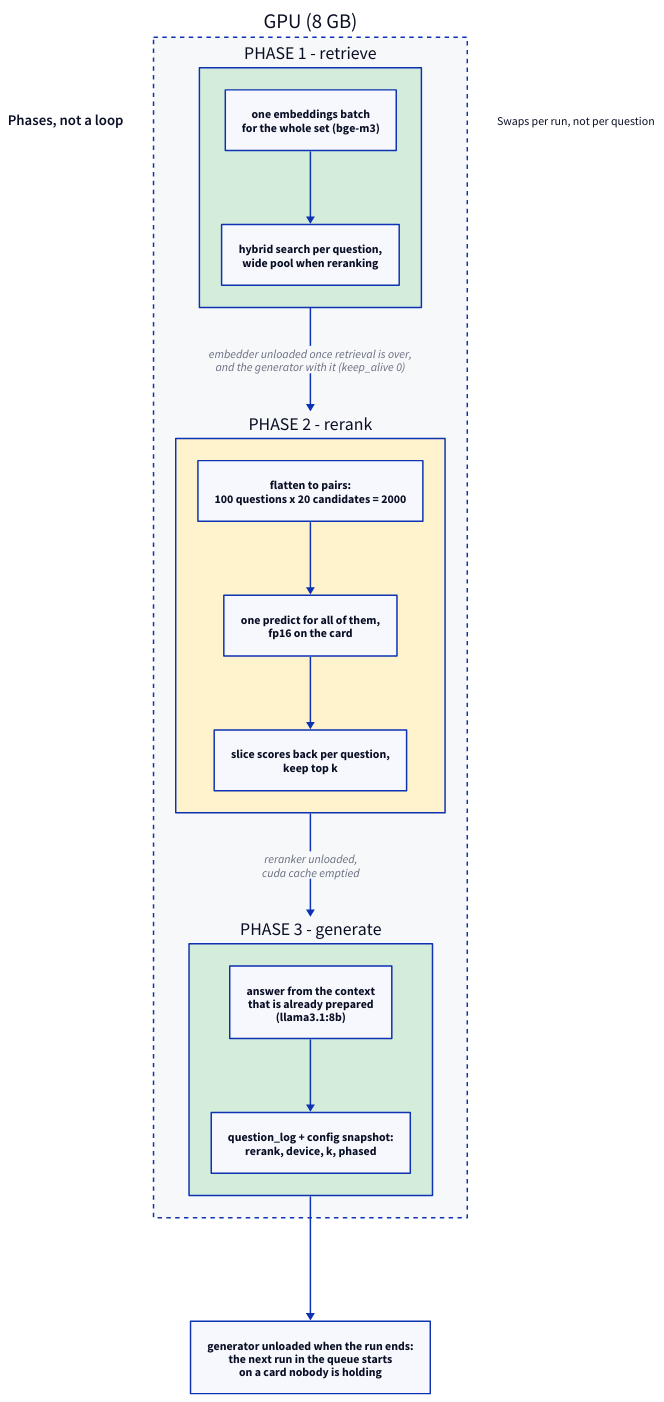
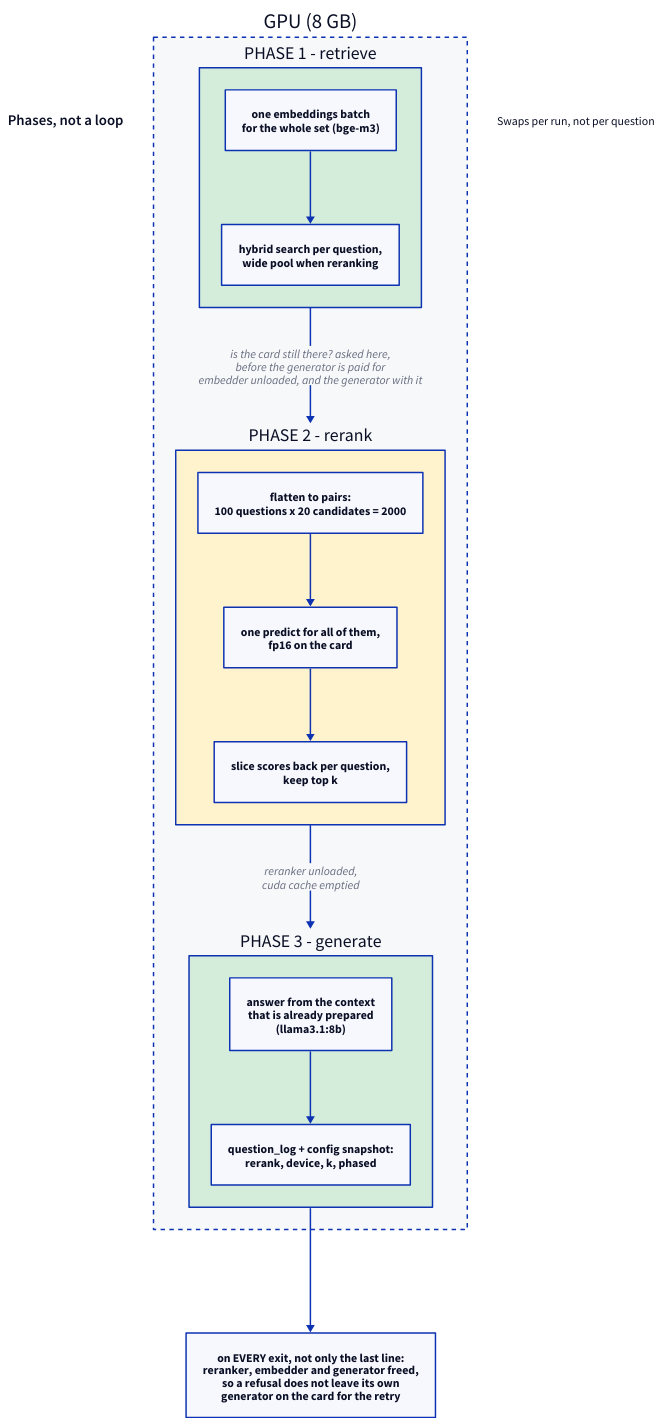
The diagram in docs/diagrams/phased_run.d2 (rikitikitav1/rag-lab), drawn with D2 before and after one commit. The commit also changed 8 other files, not shown here.

```diff
--- a/docs/diagrams/phased_run.d2
+++ b/docs/diagrams/phased_run.d2
@@ -1,48 +1,48 @@
 direction: down
 
 title: |md
   ### Phases, not a loop
 |
 
 card: GPU (8 GB) {
   style.stroke-dash: 3
   style.fill: "#f6f8fa"
 
   p1: "PHASE 1 - retrieve" {
     style.fill: "#d4edda"
     embed: "one embeddings batch\nfor the whole set (bge-m3)"
     search: "hybrid search per question,\nwide pool when reranking"
     embed -> search
   }
 
   p2: "PHASE 2 - rerank" {
     style.fill: "#fff3cd"
     flat: "flatten to pairs:\n100 questions x 20 candidates = 2000"
     once: "one predict for all of them,\nfp16 on the card"
     back: "slice scores back per question,\nkeep top k"
     flat -> once -> back
   }
 
   p3: "PHASE 3 - generate" {
     style.fill: "#d4edda"
     gen: "answer from the context\nthat is already prepared\n(llama3.1:8b)"
     logrow: "question_log + config snapshot:\nrerank, device, k, phased"
     gen -> logrow
   }
 
-  p1 -> p2: "embedder unloaded once retrieval is over,\nand the generator with it (keep_alive 0)" {
+  p1 -> p2: "is the card still there? asked here,\nbefore the generator is paid for\nembedder unloaded, and the generator with it" {
     style.stroke-width: 2
   }
   p2 -> p3: "reranker unloaded,\ncuda cache emptied" {
     style.stroke-width: 2
   }
 }
 
-done: "generator unloaded when the run ends:\nthe next run in the queue starts\non a card nobody is holding"
+done: "on EVERY exit, not only the last line:\nreranker, embedder and generator freed,\nso a refusal does not leave its own\ngenerator on the card for the retry"
 
 card.p3 -> done
 
 note: |md
   Swaps per run,
   not per question
 |
```
